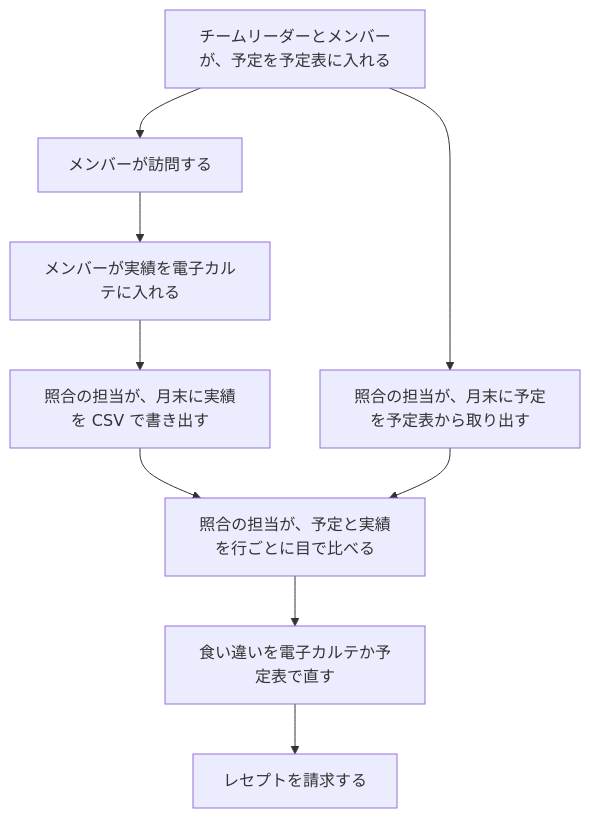
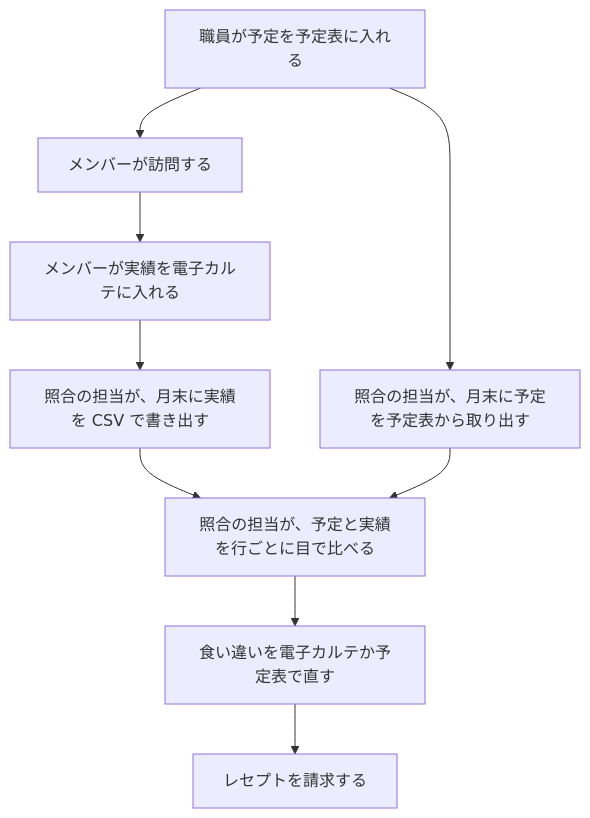
Before and after one commit to Fukuemon/buddy: the first of 2 diagrams in docs/PRD.md, drawn with Mermaid. The commit also changed other lines of this file and 5 other files, not shown here.

````diff
--- a/docs/PRD.md
+++ b/docs/PRD.md
@@ -40,11 +40,11 @@
 ```mermaid
 flowchart TB
-  plan["チームリーダーとメンバーが、予定を予定表に入れる"] --> visit["メンバーが訪問する"]
+  plan["職員が予定を予定表に入れる"] --> visit["メンバーが訪問する"]
   visit --> record["メンバーが実績を電子カルテに入れる"]
   record --> export["照合の担当が、月末に実績を CSV で書き出す"]
   plan --> pick["照合の担当が、月末に予定を予定表から取り出す"]
   export --> compare["照合の担当が、予定と実績を行ごとに目で比べる"]
   pick --> compare
   compare --> fix["食い違いを電子カルテか予定表で直す"]
   fix --> claim["レセプトを請求する"]
 ```
````
